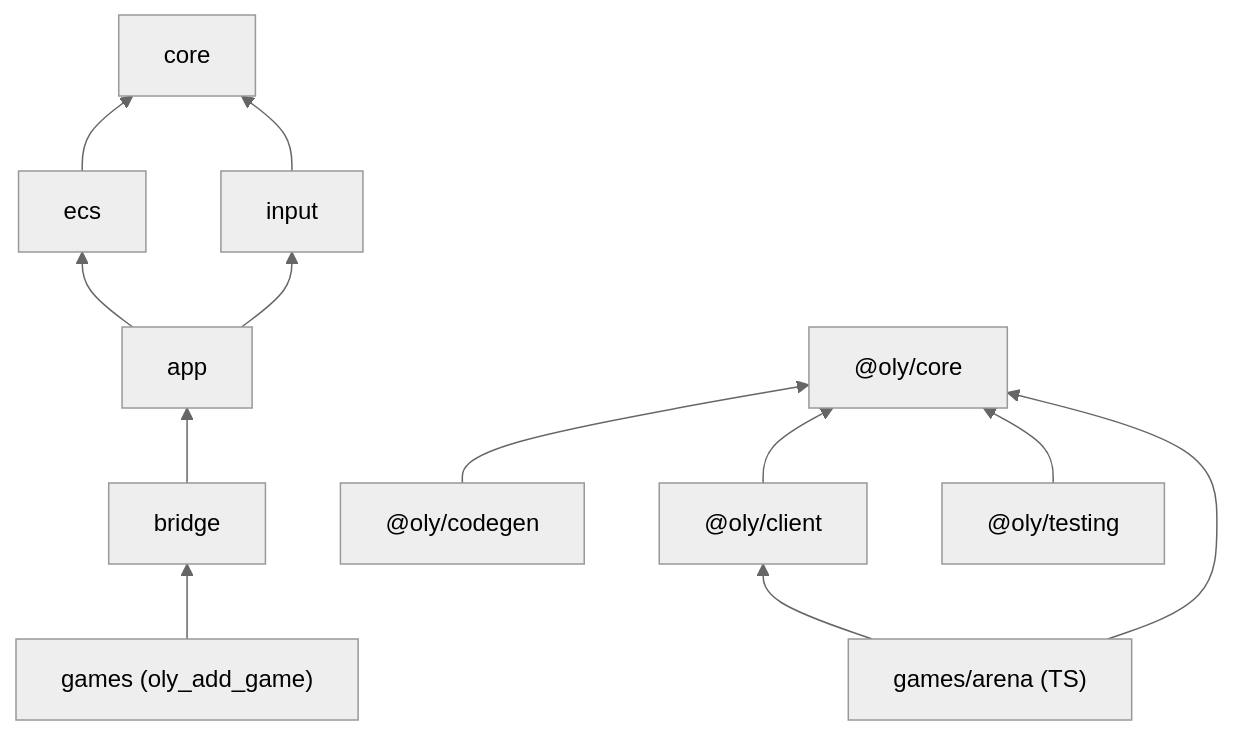
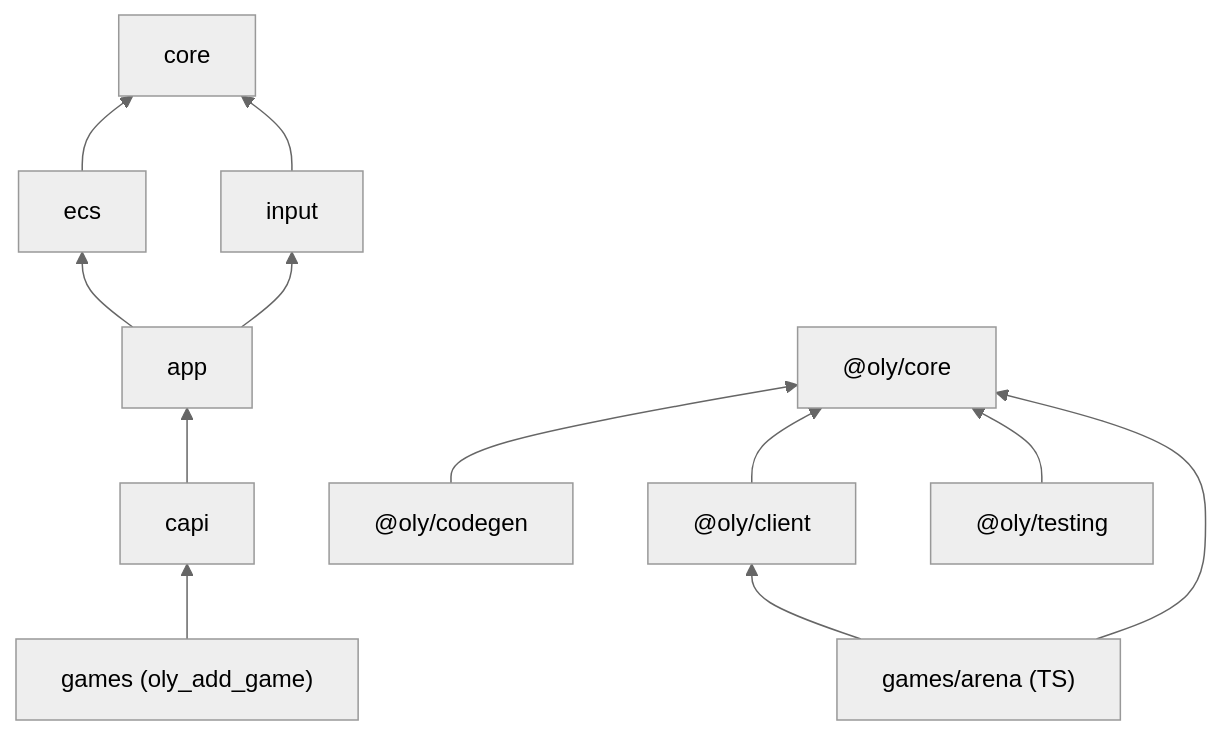
The diagram in docs/architecture/modules-and-boundaries.md (Danrley-Ruan-Saquetti/ECSArchetype), drawn with Mermaid (neutral theme) before and after one commit. The commit also changed other lines of this file and 39 other files, not shown here.

Commit message:
refactor: rename the bridge module to capi

````diff
--- a/docs/architecture/modules-and-boundaries.md
+++ b/docs/architecture/modules-and-boundaries.md
@@ -5,14 +5,14 @@
 ```mermaid
 graph BT
   ecs --> core
   input --> core
   app --> ecs
   app --> input
-  bridge --> app
-  games["games (oly_add_game)"] --> bridge
+  capi --> app
+  games["games (oly_add_game)"] --> capi
   codegen["@oly/codegen"] --> tscore["@oly/core"]
   client["@oly/client"] --> tscore
   testing["@oly/testing"] --> tscore
   arena["games/arena (TS)"] --> tscore
   arena --> client
 ```
````
